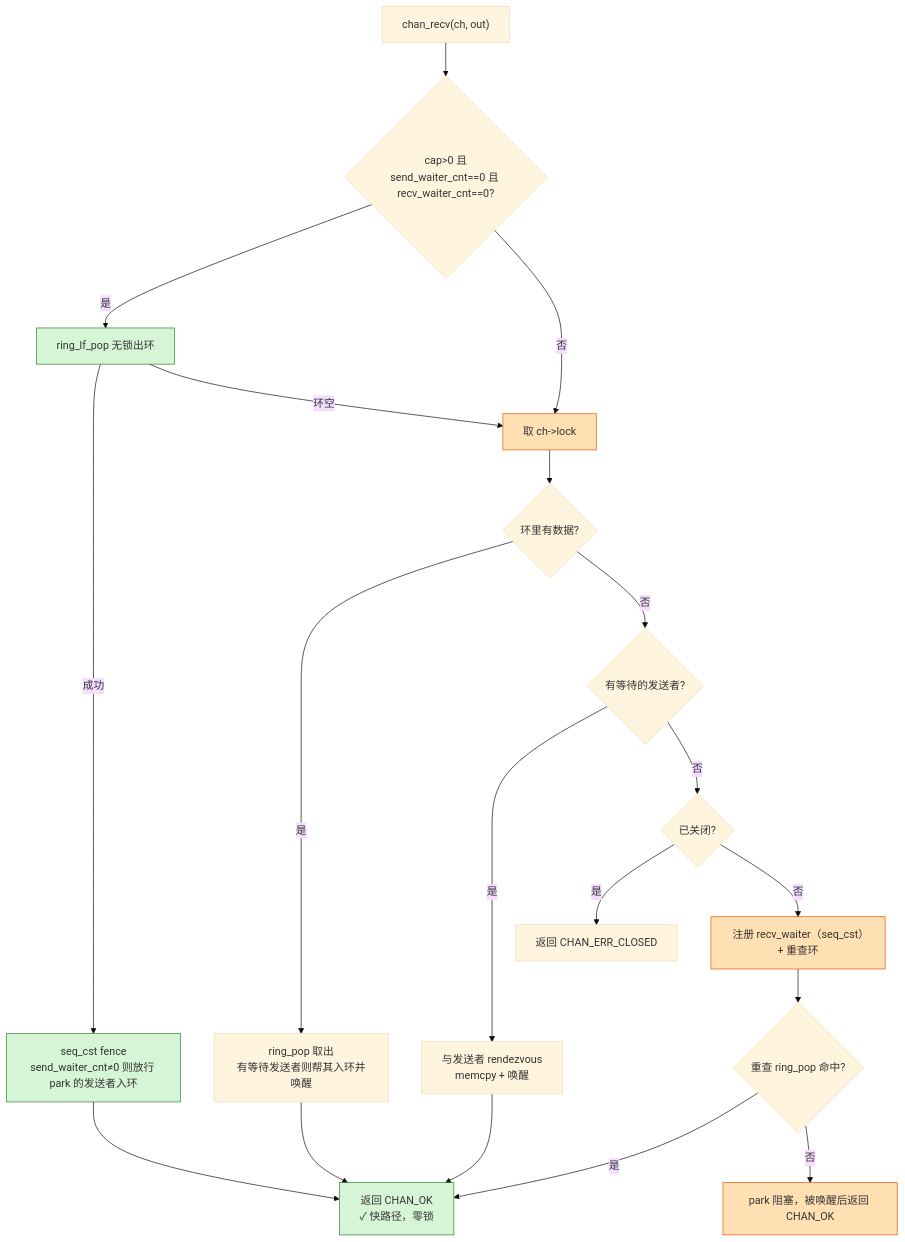
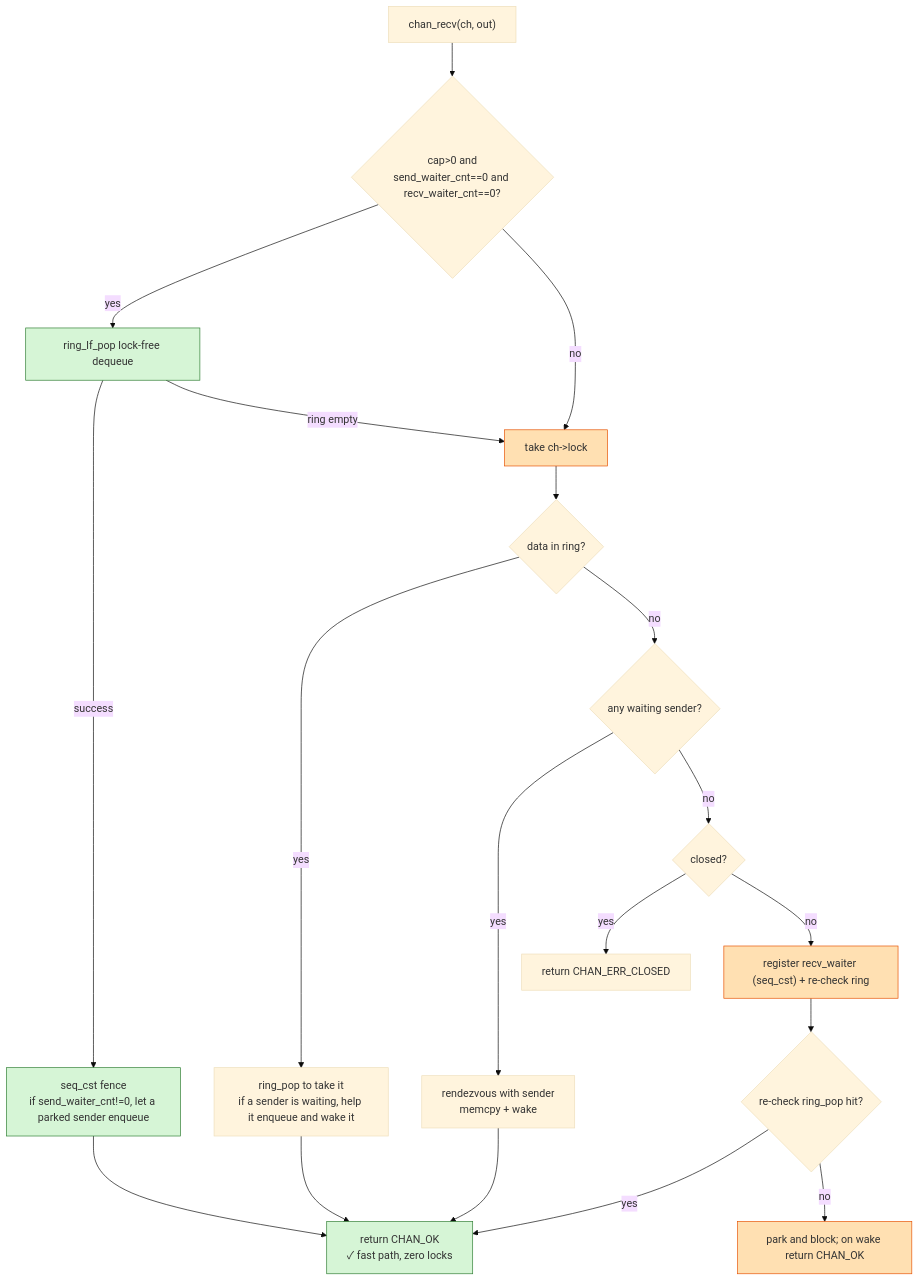
The third of 4 diagrams in doc/architecture.md (calcky/libchan), drawn with Mermaid (base theme) before and after one commit. The commit also changed other lines of this file and 30 other files, not shown here.

````diff
--- a/doc/architecture.md
+++ b/doc/architecture.md
@@ -104,24 +103,24 @@
 ```mermaid
 flowchart TD
-    RA["chan_recv(ch, out)"] --> RB{"cap>0 且<br/>send_waiter_cnt==0 且 recv_waiter_cnt==0?"}
-    RB -->|是| RC["ring_lf_pop 无锁出环"]
-    RC -->|成功| RW["seq_cst fence<br/>send_waiter_cnt≠0 则放行 park 的发送者入环"]
-    RW --> ROK["返回 CHAN_OK<br/>✓ 快路径，零锁"]
-    RC -->|环空| RL["取 ch->lock"]
-    RB -->|否| RL
-    RL --> RD{"环里有数据?"}
-    RD -->|是| RE["ring_pop 取出<br/>有等待发送者则帮其入环并唤醒"] --> ROK
-    RD -->|否| RF{"有等待的发送者?"}
-    RF -->|是| RG["与发送者 rendezvous<br/>memcpy + 唤醒"] --> ROK
-    RF -->|否| RH{"已关闭?"}
-    RH -->|是| RCLOSED["返回 CHAN_ERR_CLOSED"]
-    RH -->|否| RI["注册 recv_waiter（seq_cst）+ 重查环"]
-    RI --> RI2{"重查 ring_pop 命中?"}
-    RI2 -->|是| ROK
-    RI2 -->|否| RP["park 阻塞，被唤醒后返回 CHAN_OK"]
+    RA["chan_recv(ch, out)"] --> RB{"cap>0 and<br/>send_waiter_cnt==0 and recv_waiter_cnt==0?"}
+    RB -->|yes| RC["ring_lf_pop lock-free dequeue"]
+    RC -->|success| RW["seq_cst fence<br/>if send_waiter_cnt!=0, let a parked sender enqueue"]
+    RW --> ROK["return CHAN_OK<br/>✓ fast path, zero locks"]
+    RC -->|ring empty| RL["take ch->lock"]
+    RB -->|no| RL
+    RL --> RD{"data in ring?"}
+    RD -->|yes| RE["ring_pop to take it<br/>if a sender is waiting, help it enqueue and wake it"] --> ROK
+    RD -->|no| RF{"any waiting sender?"}
+    RF -->|yes| RG["rendezvous with sender<br/>memcpy + wake"] --> ROK
+    RF -->|no| RH{"closed?"}
+    RH -->|yes| RCLOSED["return CHAN_ERR_CLOSED"]
+    RH -->|no| RI["register recv_waiter (seq_cst) + re-check ring"]
+    RI --> RI2{"re-check ring_pop hit?"}
+    RI2 -->|yes| ROK
+    RI2 -->|no| RP["park and block; on wake return CHAN_OK"]
 
     classDef fast fill:#d6f5d6,stroke:#2e7d32;
     classDef slow fill:#ffe0b2,stroke:#e65100;
     class RC,RW,ROK fast;
     class RL,RI,RP slow;
 ```
````
